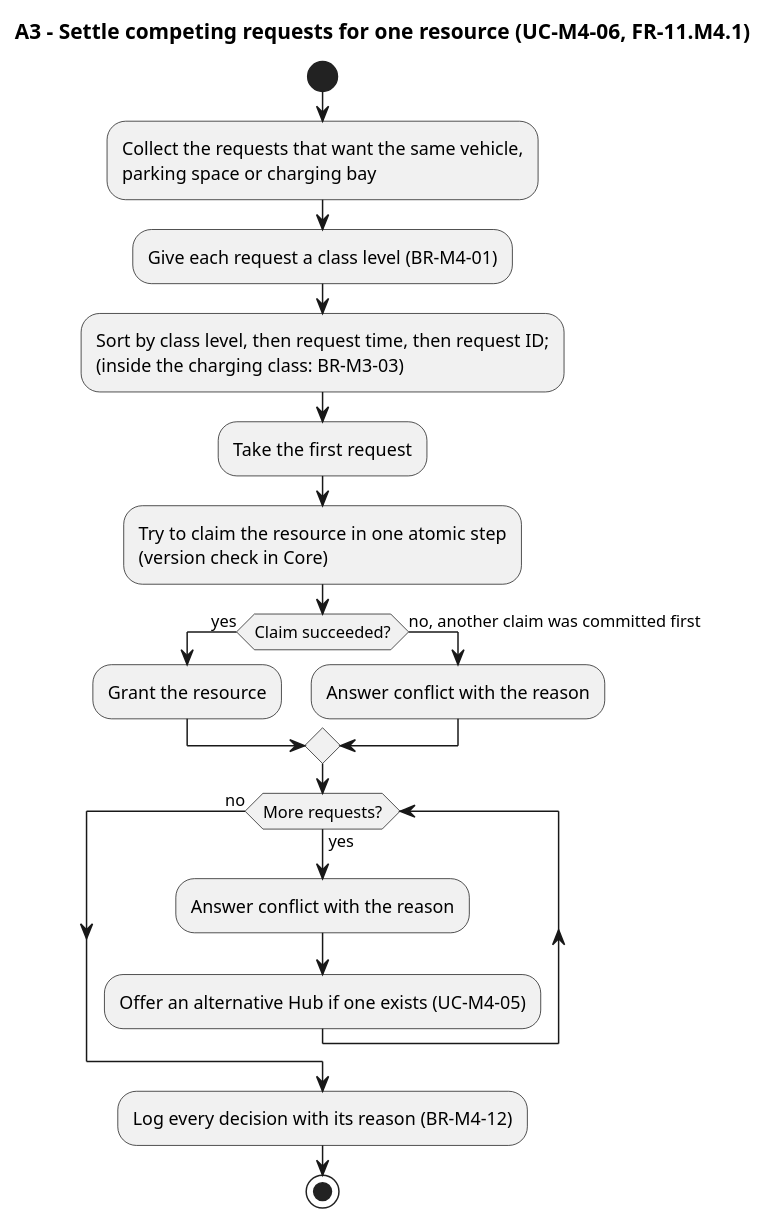
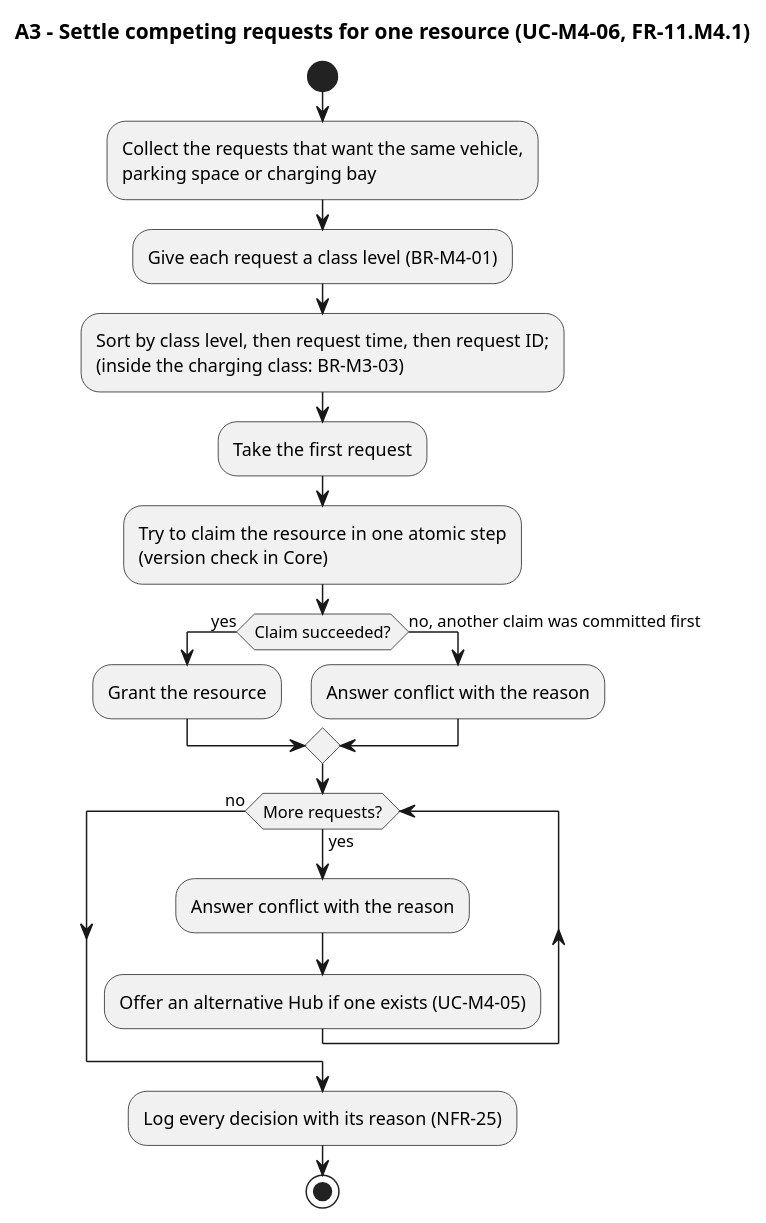
One commit to MabC06/smart-e-mobility-hub changed the diagram in docs/design/behavioral/allocation-diagrams/a3-arbitrate.puml. Above: the diagram before and after it, drawn with PlantUML. The commit also changed 13 other files, not shown here.

```diff
--- a/docs/design/behavioral/allocation-diagrams/a3-arbitrate.puml
+++ b/docs/design/behavioral/allocation-diagrams/a3-arbitrate.puml
@@ -1,22 +1,22 @@
 @startuml
 title A3 - Settle competing requests for one resource (UC-M4-06, FR-11.M4.1)
 skinparam shadowing false
 skinparam defaultFontName Arial
 start
 :Collect the requests that want the same vehicle,\nparking space or charging bay;
 :Give each request a class level (BR-M4-01);
 :Sort by class level, then request time, then request ID;\n(inside the charging class: BR-M3-03);
 :Take the first request;
 :Try to claim the resource in one atomic step\n(version check in Core);
 if (Claim succeeded?) then (yes)
   :Grant the resource;
 else (no, another claim was committed first)
   :Answer conflict with the reason;
 endif
 while (More requests?) is (yes)
   :Answer conflict with the reason;
   :Offer an alternative Hub if one exists (UC-M4-05);
 endwhile (no)
-:Log every decision with its reason (BR-M4-12);
+:Log every decision with its reason (NFR-25);
 stop
 @enduml
```
